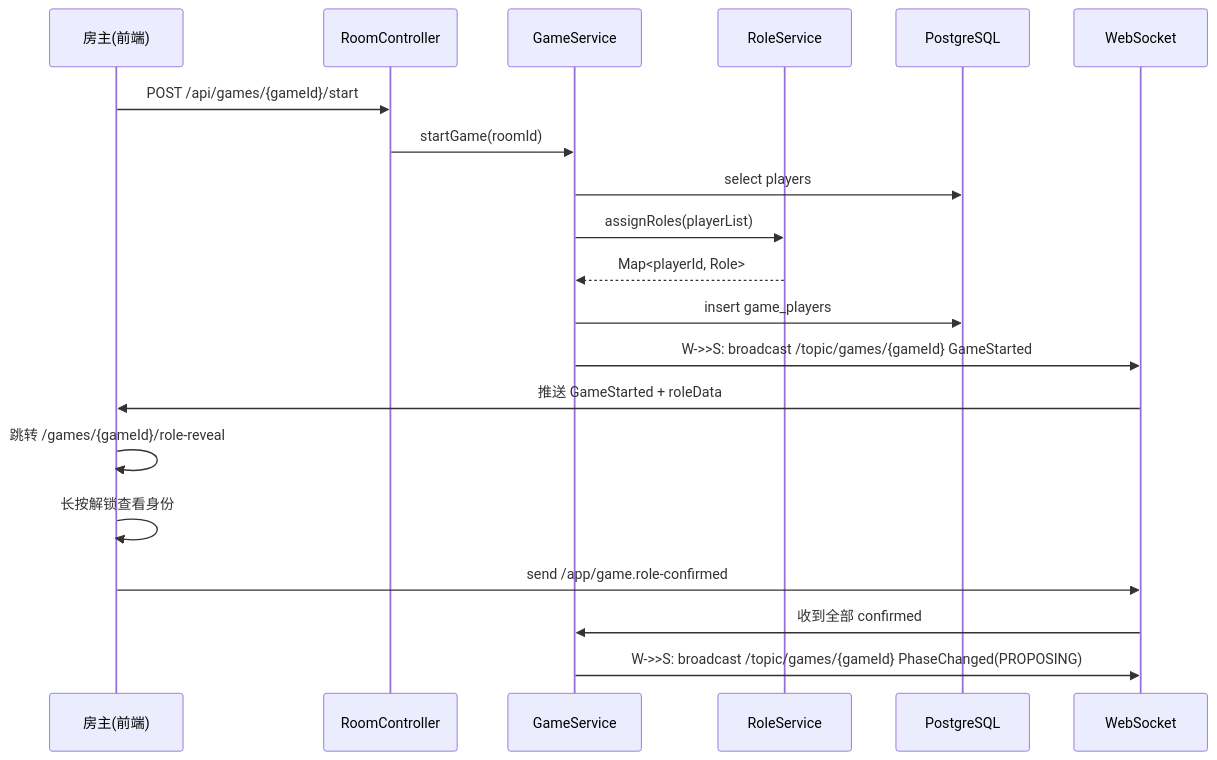
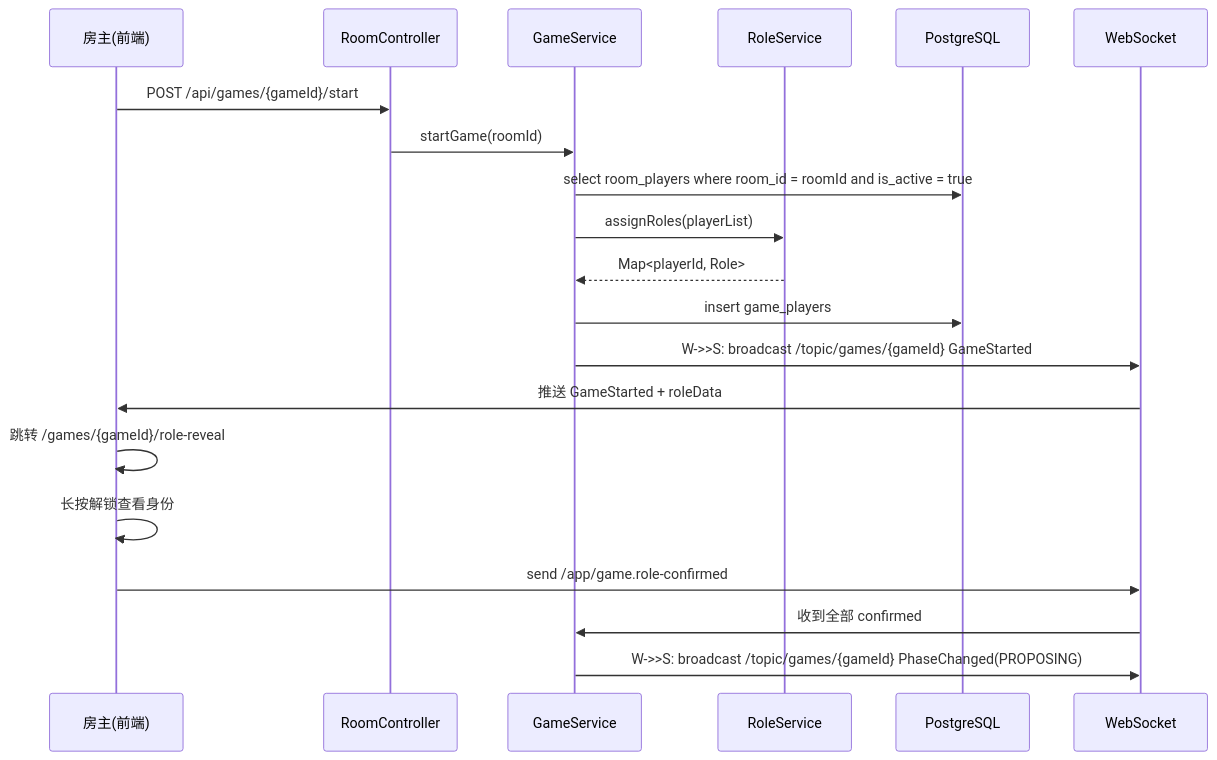
Before and after one commit to xiaolinstar/avalon: the fourth of 6 diagrams in .trae/documents/avalon_technical_architecture.md, drawn with Mermaid. The commit also changed other lines of this file and 17 other files, not shown here.

````diff
--- a/.trae/documents/avalon_technical_architecture.md
+++ b/.trae/documents/avalon_technical_architecture.md
@@ -803,23 +636,23 @@
 ```mermaid
 sequenceDiagram
   participant P as 房主(前端)
   participant C as RoomController
   participant S as GameService
   participant R as RoleService
   participant DB as PostgreSQL
   participant W as WebSocket
 
   P->>C: POST /api/games/{gameId}/start
   C->>S: startGame(roomId)
-  S->>DB: select players
+  S->>DB: select room_players where room_id = roomId and is_active = true
   S->>R: assignRoles(playerList)
   R-->>S: Map<playerId, Role>
   S->>DB: insert game_players
   S->>W:W->>S: broadcast /topic/games/{gameId} GameStarted
   W->>P: 推送 GameStarted + roleData
   P->>P: 跳转 /games/{gameId}/role-reveal
   P->>P: 长按解锁查看身份
   P->>W: send /app/game.role-confirmed
   W->>S: 收到全部 confirmed
   S->>W:W->>S: broadcast /topic/games/{gameId} PhaseChanged(PROPOSING)
 ```
````
